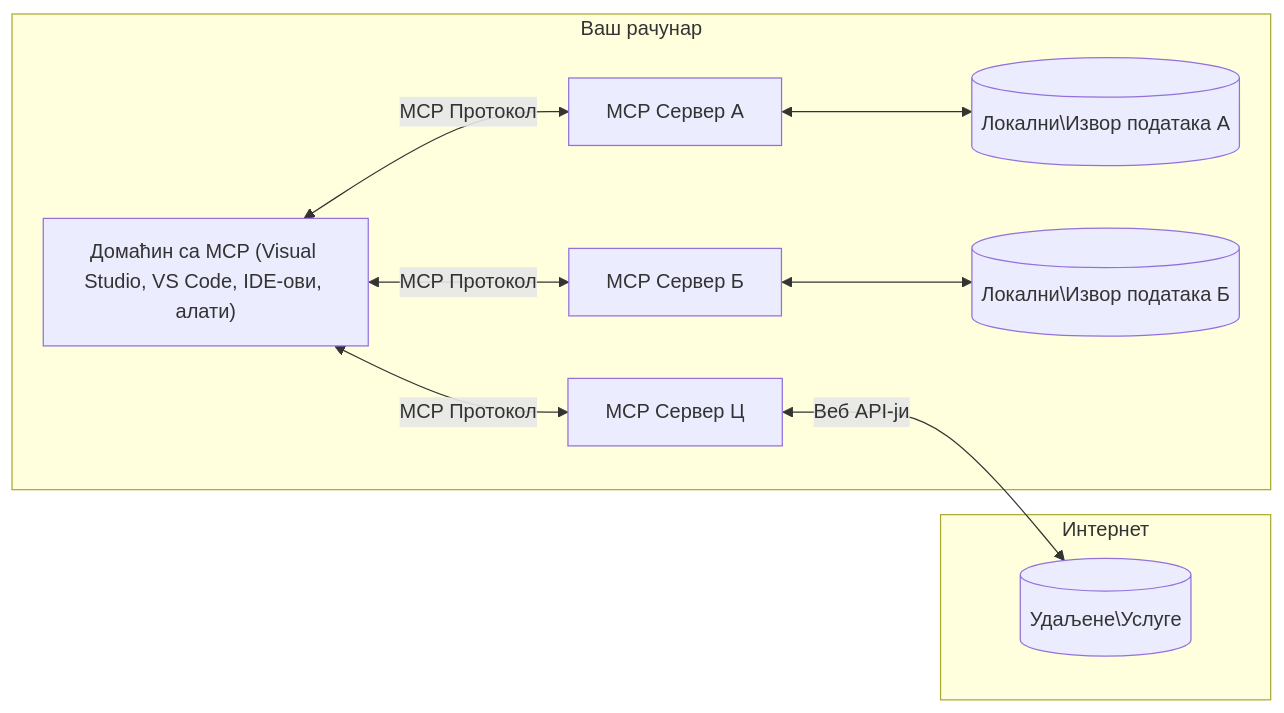
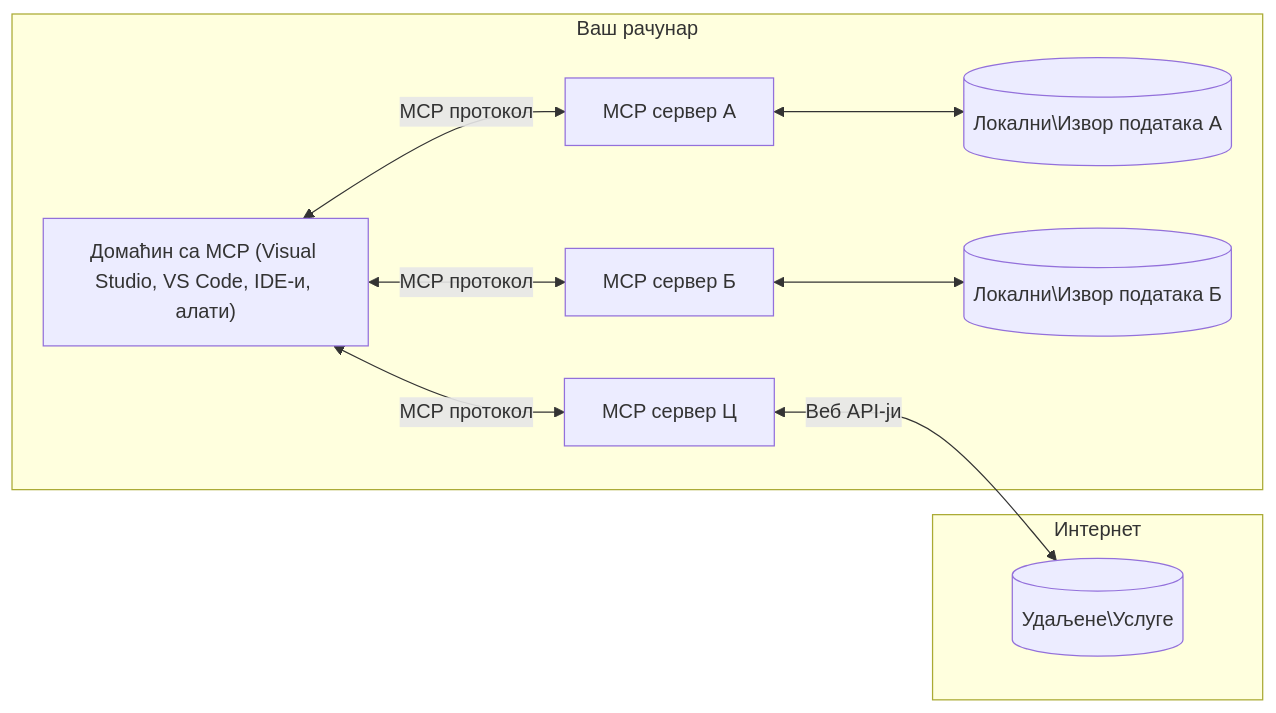
Before and after one commit to Mu-L/mcp-for-beginners: the diagram in translations/sr/01-CoreConcepts/README.md, drawn with Mermaid. The commit also changed other lines of this file and 110 other files, not shown here.

````diff
--- a/translations/sr/01-CoreConcepts/README.md
+++ b/translations/sr/01-CoreConcepts/README.md
@@ -45,17 +45,17 @@
 ```mermaid
 flowchart LR
     subgraph "Ваш рачунар"
-        Host["Домаћин са MCP (Visual Studio, VS Code, IDE-ови, алати)"]
-        S1["MCP Сервер А"]
-        S2["MCP Сервер Б"]
-        S3["MCP Сервер Ц"]
-        Host <-->|"MCP Протокол"| S1
-        Host <-->|"MCP Протокол"| S2
-        Host <-->|"MCP Протокол"| S3
+        Host["Домаћин са MCP (Visual Studio, VS Code, IDE-и, алати)"]
+        S1["MCP сервер А"]
+        S2["MCP сервер Б"]
+        S3["MCP сервер Ц"]
+        Host <-->|"MCP протокол"| S1
+        Host <-->|"MCP протокол"| S2
+        Host <-->|"MCP протокол"| S3
         S1 <--> D1[("Локални\Извор података А")]
         S2 <--> D2[("Локални\Извор података Б")]
     end
     subgraph "Интернет"
         S3 <-->|"Веб API-ји"| D3[("Удаљене\Услуге")]
     end
 ```
````
